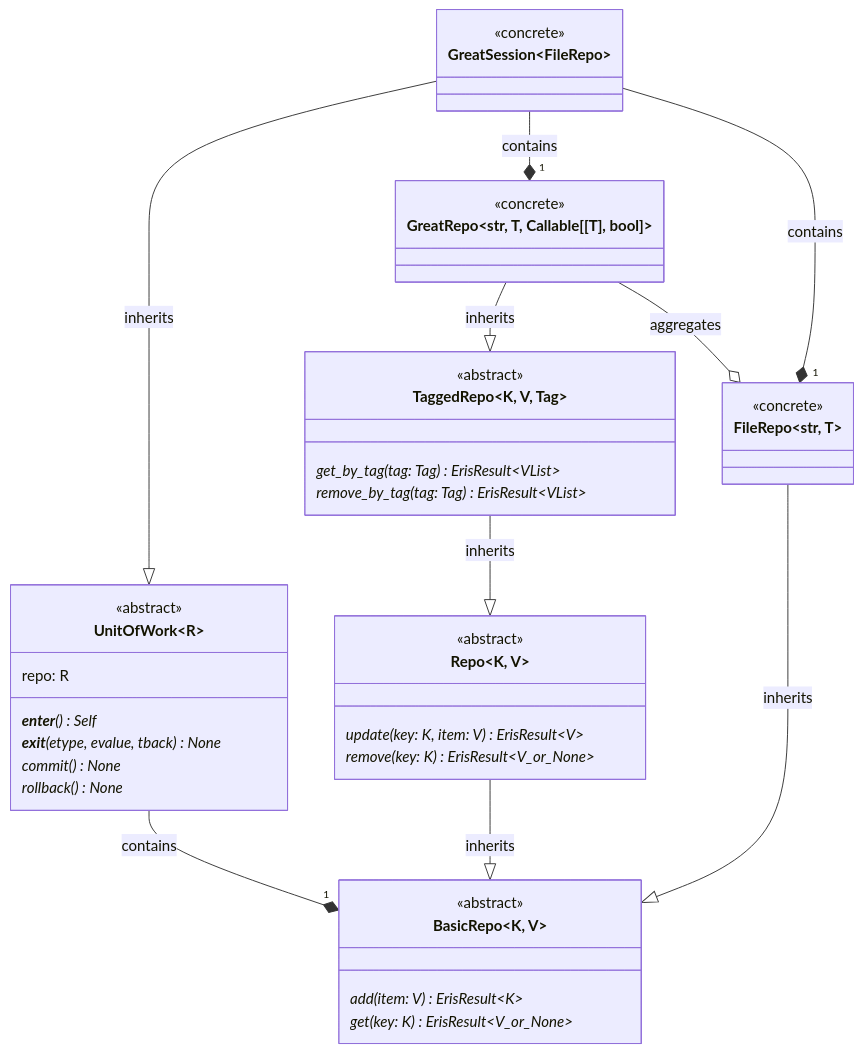
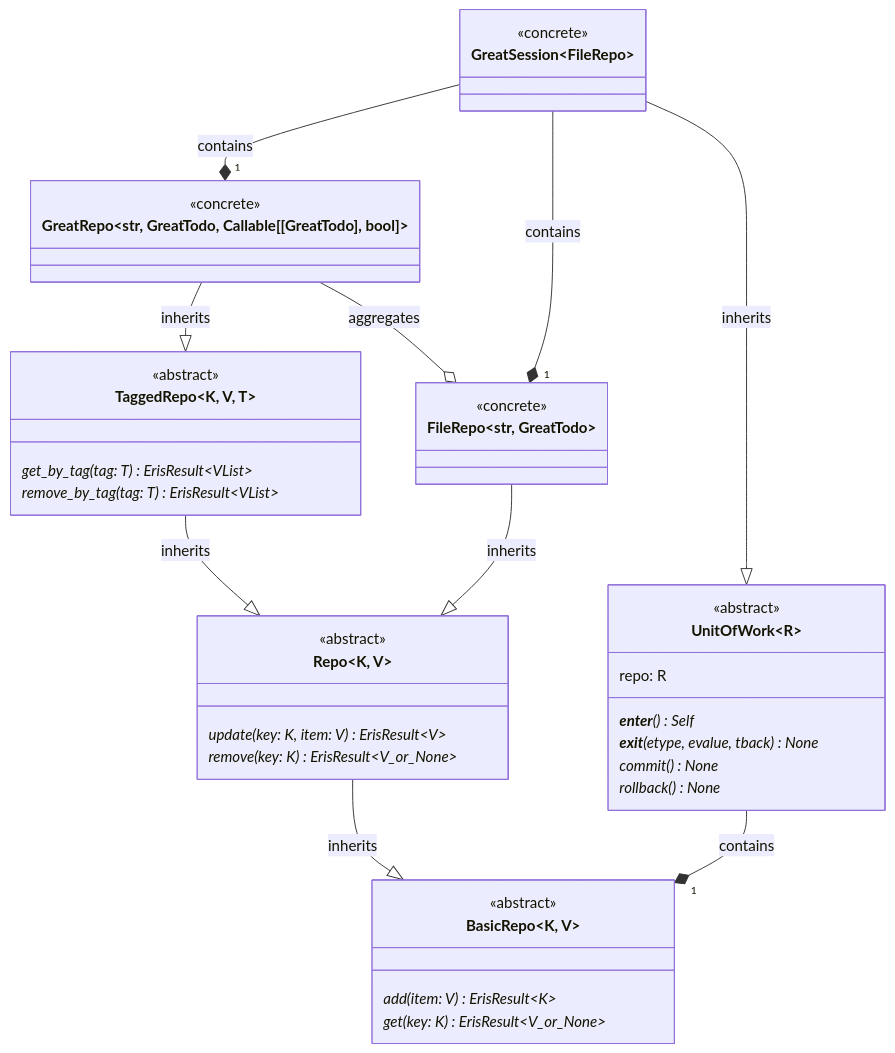
The fourth of 4 diagrams in docs/design/design.template.md (bbugyi200/greatday), drawn with Mermaid before and after one commit. The commit also changed other lines of this file and 7 other files, not shown here.

Commit message:
Update design diagrams

````diff
--- a/docs/design/design.template.md
+++ b/docs/design/design.template.md
@@ -159,56 +143,56 @@
 ```mermaid
 classDiagram
     class BasicRepo~K, V~ {
         <<abstract>>
 
         add(item: V)* ErisResult~K~
         get(key: K)* ErisResult~V_or_None~
     }
 
     class Repo~K, V~ {
         <<abstract>>
 
         update(key: K, item: V)* ErisResult~V~
         remove(key: K)* ErisResult~V_or_None~
     }
 
-    class TaggedRepo~K, V, Tag~ {
+    class TaggedRepo~K, V, T~ {
         <<abstract>>
 
-        get_by_tag(tag: Tag)* ErisResult~VList~
-        remove_by_tag(tag: Tag)* ErisResult~VList~
+        get_by_tag(tag: T)* ErisResult~VList~
+        remove_by_tag(tag: T)* ErisResult~VList~
     }
 
-    class GreatRepo~str, T, Callable[[T], bool]~ {
+    class GreatRepo~str, GreatTodo, Callable[[GreatTodo], bool]~ {
         <<concrete>>
     }
 
-    class FileRepo~str, T~ {
+    class FileRepo~str, GreatTodo~ {
         <<concrete>>
     }
 
     class UnitOfWork~R~ {
         <<abstract>>
 
         repo: R
 
         __enter__()* Self
         __exit__(etype, evalue, tback)* None
         commit()* None
         rollback()* None
     }
 
     class GreatSession~FileRepo~ {
         <<concrete>>
     }
 
     Repo --|> BasicRepo: inherits
     TaggedRepo --|> Repo: inherits
     UnitOfWork --* "1" BasicRepo: contains
     GreatRepo --|> TaggedRepo: inherits
     GreatRepo --o FileRepo: aggregates
-    FileRepo --|> BasicRepo: inherits
+    FileRepo --|> Repo: inherits
     GreatSession --|> UnitOfWork: inherits
     GreatSession --* "1" GreatRepo: contains
     GreatSession --* "1" FileRepo: contains
 ```
````
